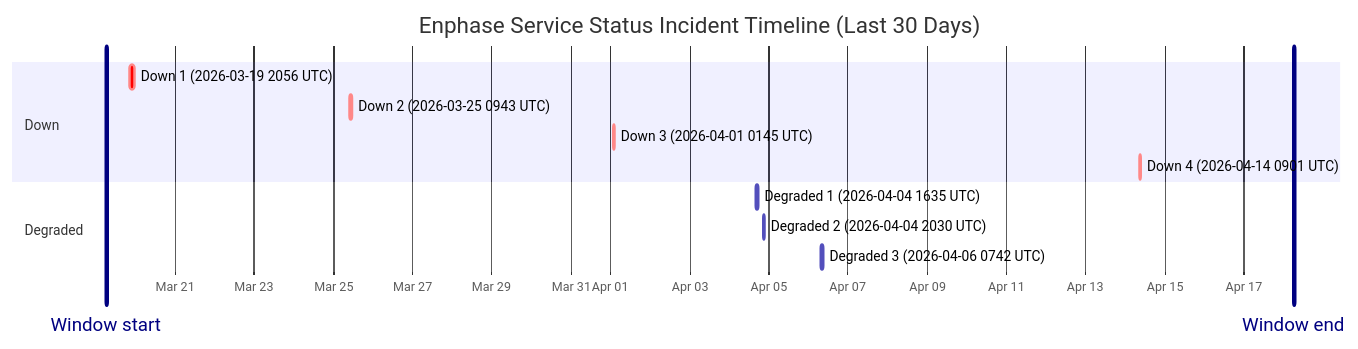
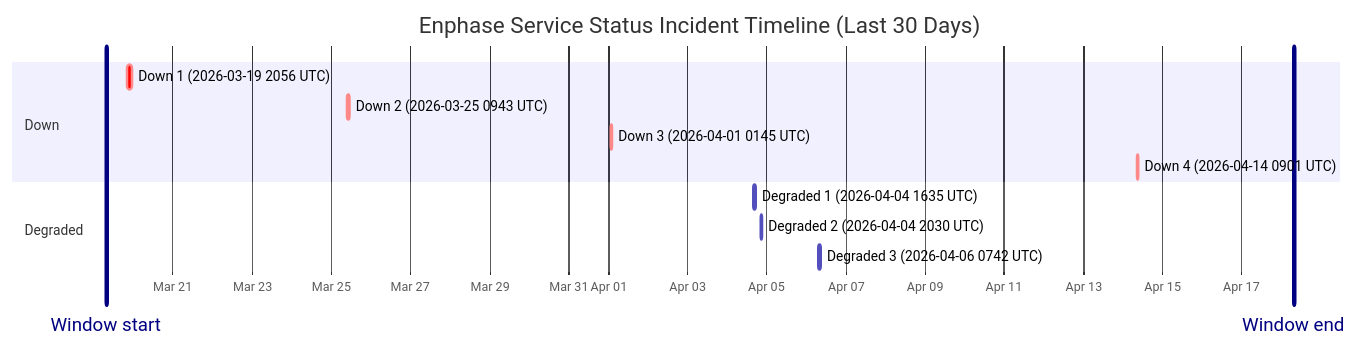
The diagram in wiki/Service-Status-History.md (barneyonline/ha-enphase-ev-charger), drawn with Mermaid before and after one commit. The commit also changed other lines of this file and 3 other files, not shown here.

````diff
--- a/wiki/Service-Status-History.md
+++ b/wiki/Service-Status-History.md
@@ -14,17 +14,17 @@
 ```mermaid
 gantt
     title Enphase Service Status Incident Timeline (Last 30 Days)
     dateFormat  YYYY-MM-DDTHH:mm:ss
     axisFormat  %b %d
-    Window start :vert, window-start, 2026-03-19T06:12:48, 0ms
-    Window end :vert, window-end, 2026-04-18T06:12:48, 0ms
+    Window start :vert, window-start, 2026-03-19T07:41:17, 0ms
+    Window end :vert, window-end, 2026-04-18T07:41:17, 0ms
     section Down
     Down 1 (2026-03-19 2056 UTC) :crit, down-1, 2026-03-19T20:56:20, 145m
     Down 2 (2026-03-25 0943 UTC) :crit, down-2, 2026-03-25T09:43:28, 111m
     Down 3 (2026-04-01 0145 UTC) :crit, down-3, 2026-04-01T01:45:09, 60m
     Down 4 (2026-04-14 0901 UTC) :crit, down-4, 2026-04-14T09:01:13, 60m
     section Degraded
     Degraded 1 (2026-04-04 1635 UTC) :active, degraded-1, 2026-04-04T16:35:17, 60m
     Degraded 2 (2026-04-04 2030 UTC) :active, degraded-2, 2026-04-04T20:30:40, 60m
     Degraded 3 (2026-04-06 0742 UTC) :active, degraded-3, 2026-04-06T07:42:09, 85m
 ```
````
